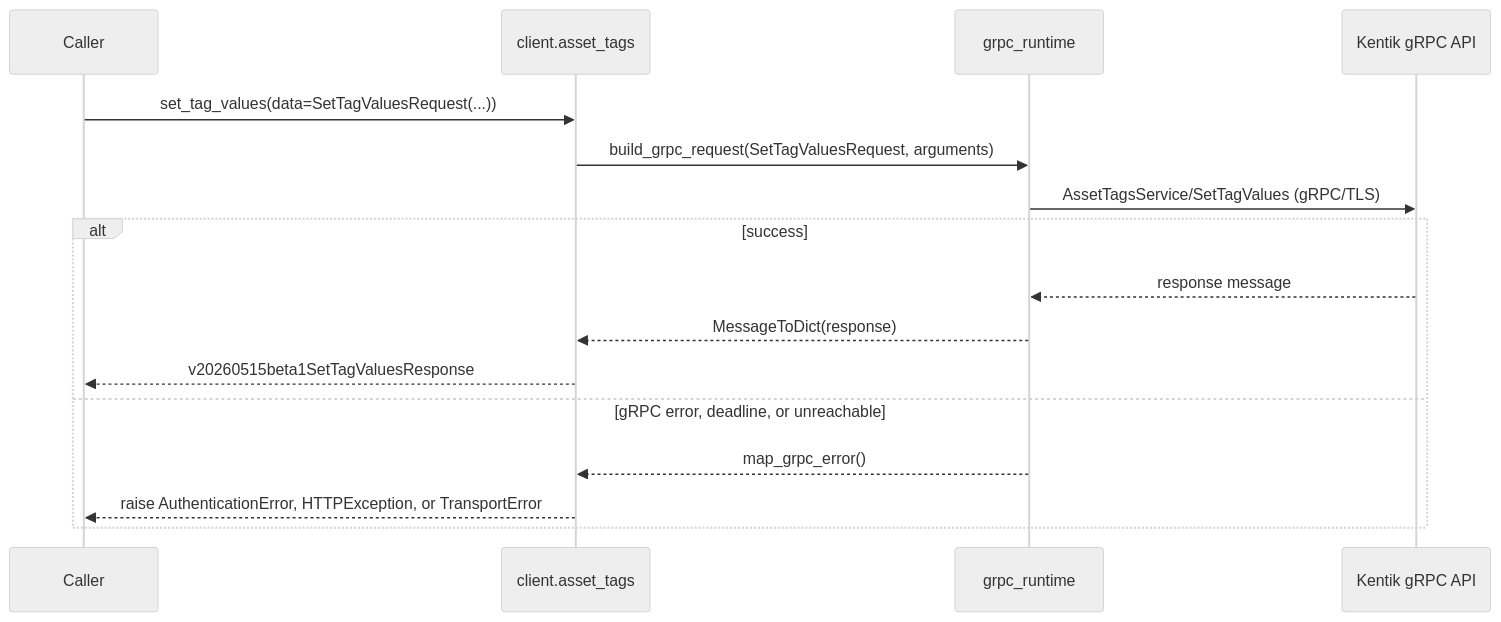
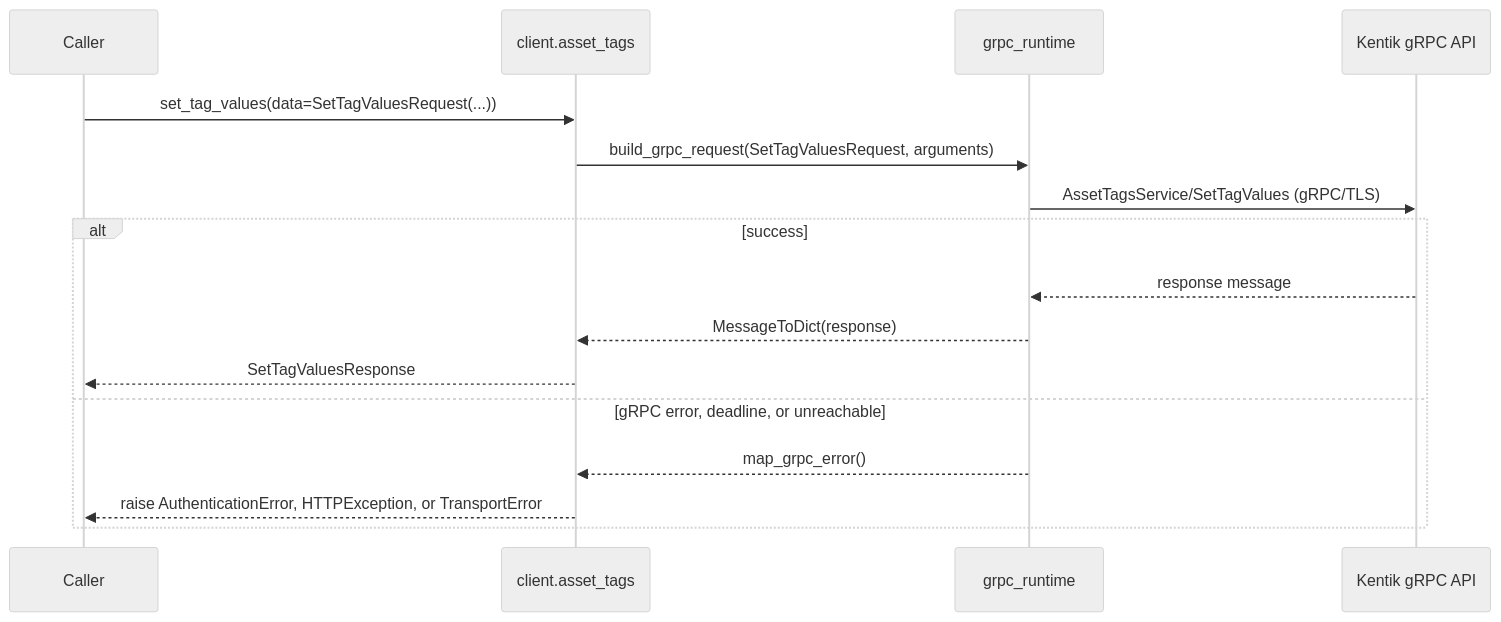
One commit to alexdearaujo/community_sdk_python changed diagram 17 of 20 in docs/sphinx/services/asset_tags.md. Above: the diagram before and after it, drawn with Mermaid (neutral theme). The commit also changed other lines of this file and 38 other files, not shown here.

````diff
--- a/docs/sphinx/services/asset_tags.md
+++ b/docs/sphinx/services/asset_tags.md
@@ -589,19 +589,19 @@
 ```mermaid
 sequenceDiagram
     participant C as Caller
     participant W as client.asset_tags
     participant R as grpc_runtime
     participant API as Kentik gRPC API
 
     C->>W: set_tag_values(data=SetTagValuesRequest(...))
     W->>R: build_grpc_request(SetTagValuesRequest, arguments)
     R->>API: AssetTagsService/SetTagValues (gRPC/TLS)
     alt success
         API-->>R: response message
         R-->>W: MessageToDict(response)
-        W-->>C: v20260515beta1SetTagValuesResponse
+        W-->>C: SetTagValuesResponse
     else gRPC error, deadline, or unreachable
         R-->>W: map_grpc_error()
         W-->>C: raise AuthenticationError, HTTPException, or TransportError
     end
 ```
````
